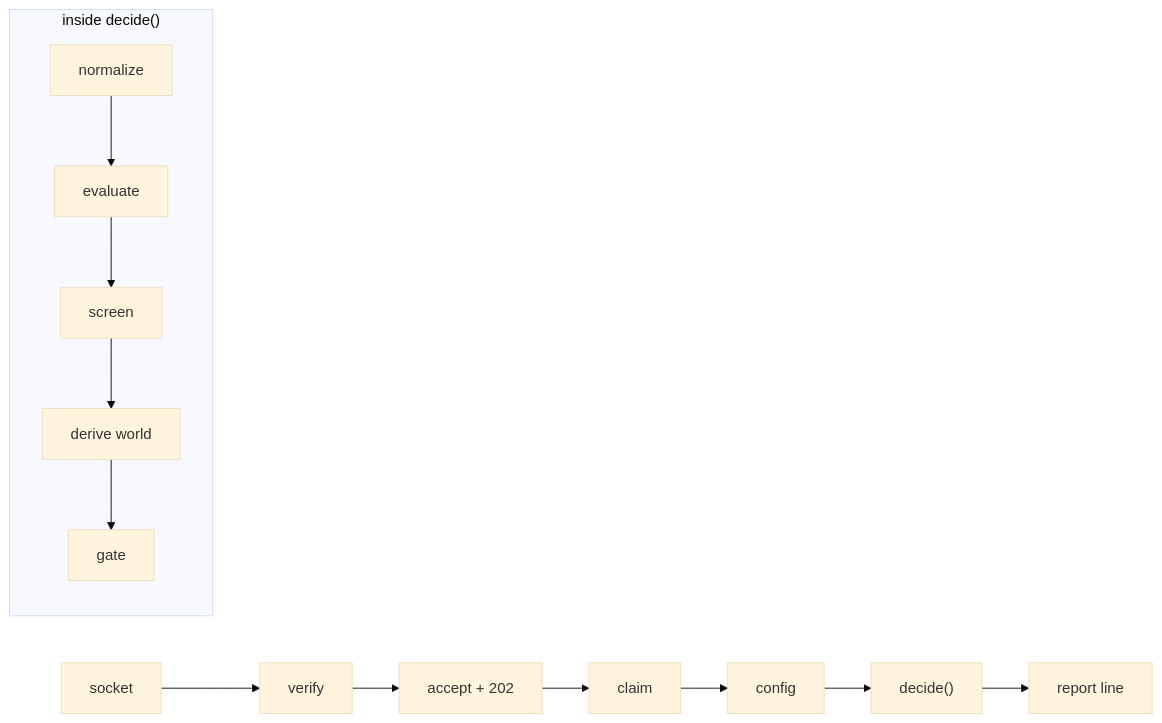
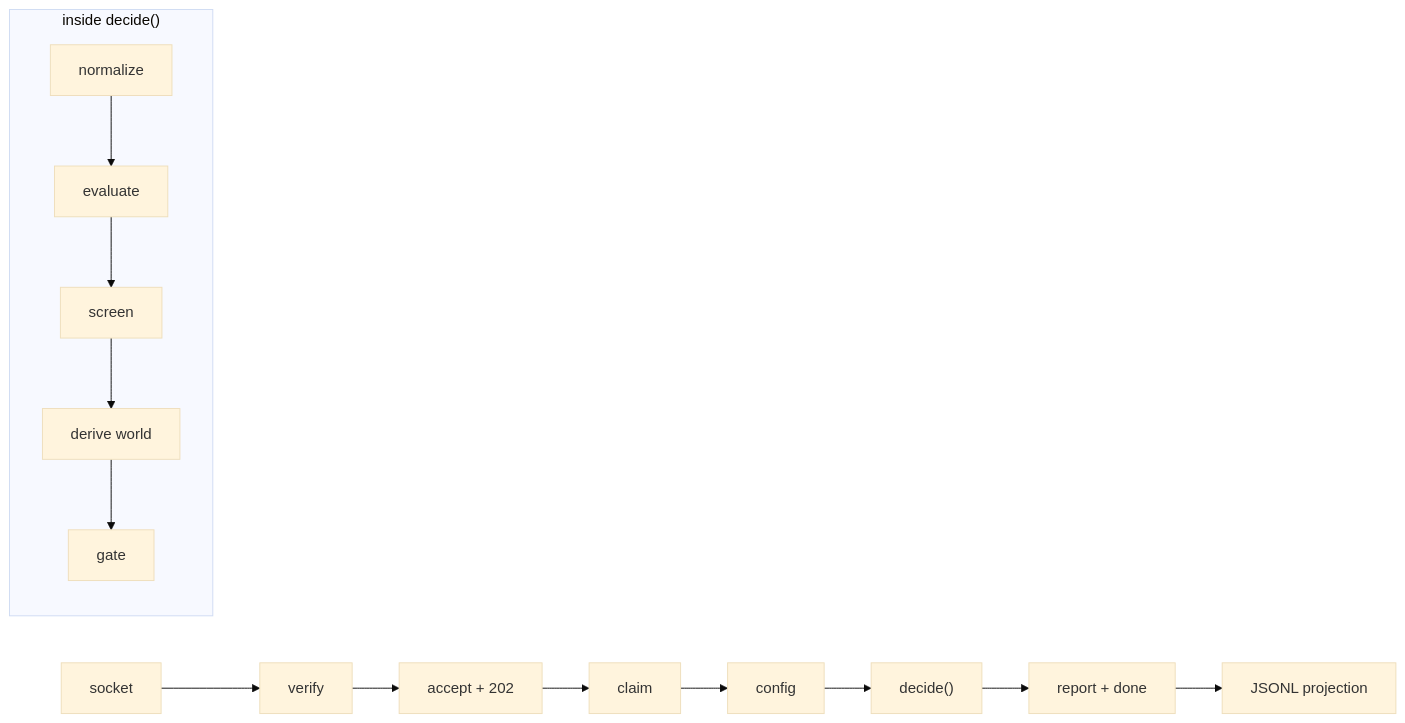
Before and after one commit to cheese-cakee/sdk-automations: the diagram in design/trace.md, drawn with Mermaid (base theme). The commit also changed other lines of this file and 19 other files, not shown here.

````diff
--- a/design/trace.md
+++ b/design/trace.md
@@ -13,8 +13,8 @@
 ```mermaid
 flowchart LR
     A[socket] --> B[verify] --> C[accept + 202]
-    C --> D[claim] --> E[config] --> F["decide()"] --> G[report line]
+    C --> D[claim] --> E[config] --> F["decide()"] --> G["report + done"] --> H["JSONL projection"]
     subgraph F2 ["inside decide()"]
         N[normalize] --> V[evaluate] --> S[screen] --> W[derive world] --> X[gate]
     end
 ```
````
